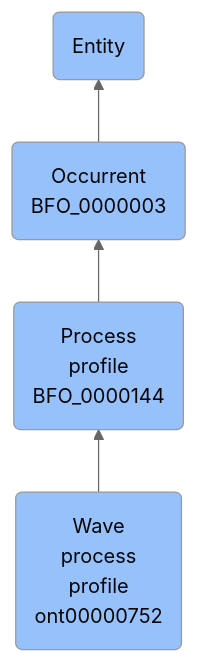
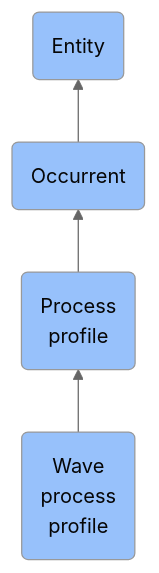
The diagram in docs/ontology/reference/model/Entity/Occurrent/Process profile/Wave process profile/Wave process profile.md (jupyter-naas/abi), drawn with Mermaid (neutral theme) before and after one commit. The commit also changed other lines of this file and 1430 other files, not shown here.

````diff
--- a/docs/ontology/reference/model/Entity/Occurrent/Process profile/Wave process profile/Wave process profile.md
+++ b/docs/ontology/reference/model/Entity/Occurrent/Process profile/Wave process profile/Wave process profile.md
@@ -24,11 +24,11 @@
 ```mermaid
 graph BT
-    ont00000752(Wave<br>process<br>profile<br>ont00000752):::BFO-->BFO_0000144
-    BFO_0000144(Process<br>profile<br>BFO_0000144):::BFO-->BFO_0000003
-    BFO_0000003(Occurrent<br>BFO_0000003):::BFO-->BFO_0000001
+    ont00000752(Wave<br>process<br>profile):::BFO-->BFO_0000144
+    BFO_0000144(Process<br>profile):::BFO-->BFO_0000003
+    BFO_0000003(Occurrent):::BFO-->BFO_0000001
     BFO_0000001(Entity):::BFO
     
     classDef BFO fill:#97c1fb,color:#060606
     classDef CCO fill:#e4c51e,color:#060606
     classDef ABI fill:#48DD82,color:#060606
 ```
````
